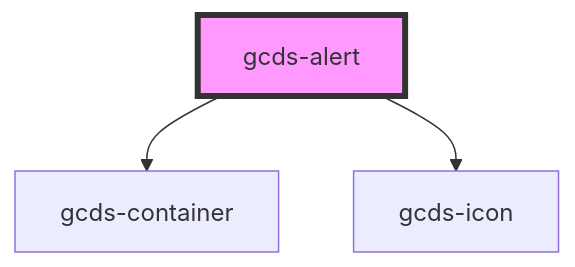
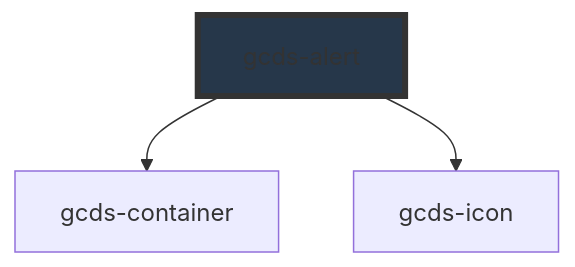
Before and after one commit to cds-snc/gcds-components: the diagram in packages/web/src/components/gcds-alert/readme.md, drawn with Mermaid. The commit also changed other lines of this file and 44 other files, not shown here.

````diff
--- a/packages/web/src/components/gcds-alert/readme.md
+++ b/packages/web/src/components/gcds-alert/readme.md
@@ -35,6 +42,6 @@
 ```mermaid
 graph TD;
   gcds-alert --> gcds-container
   gcds-alert --> gcds-icon
-  style gcds-alert fill:#f9f,stroke:#333,stroke-width:4px
+  style gcds-alert fill:#26374a,stroke:#333,stroke-width:4px
 ```
````
